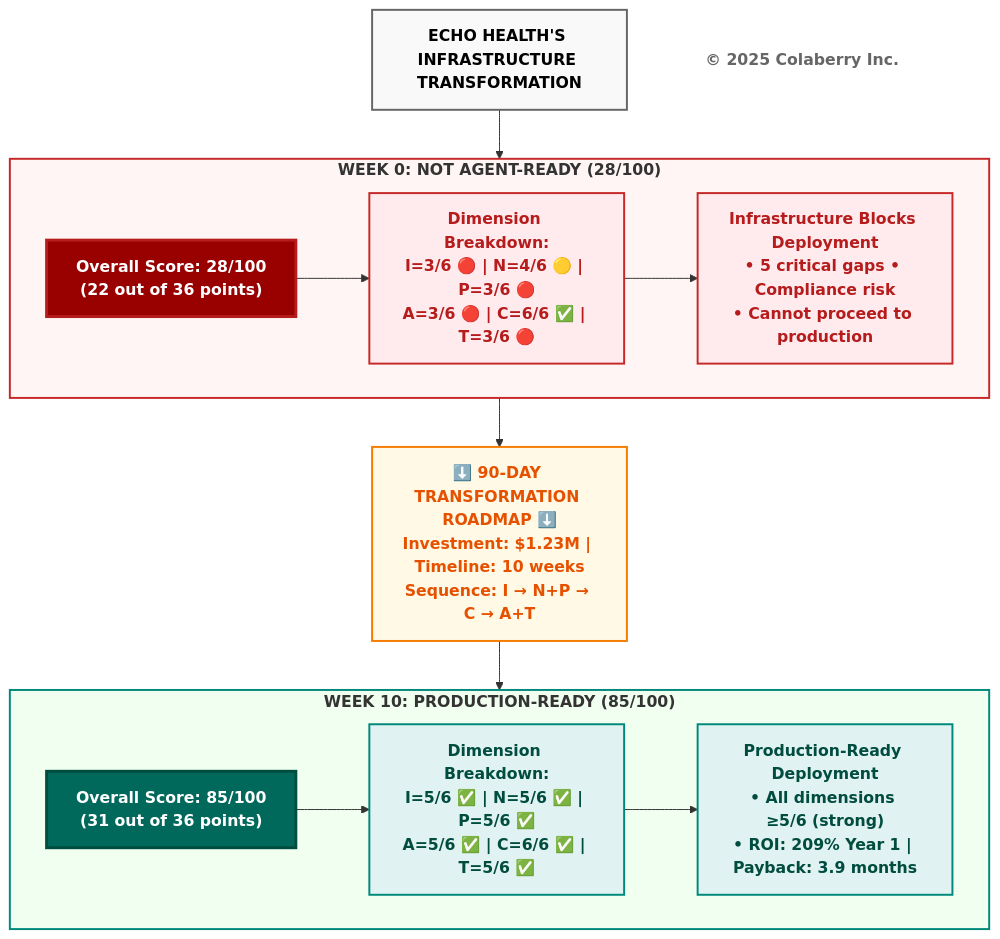
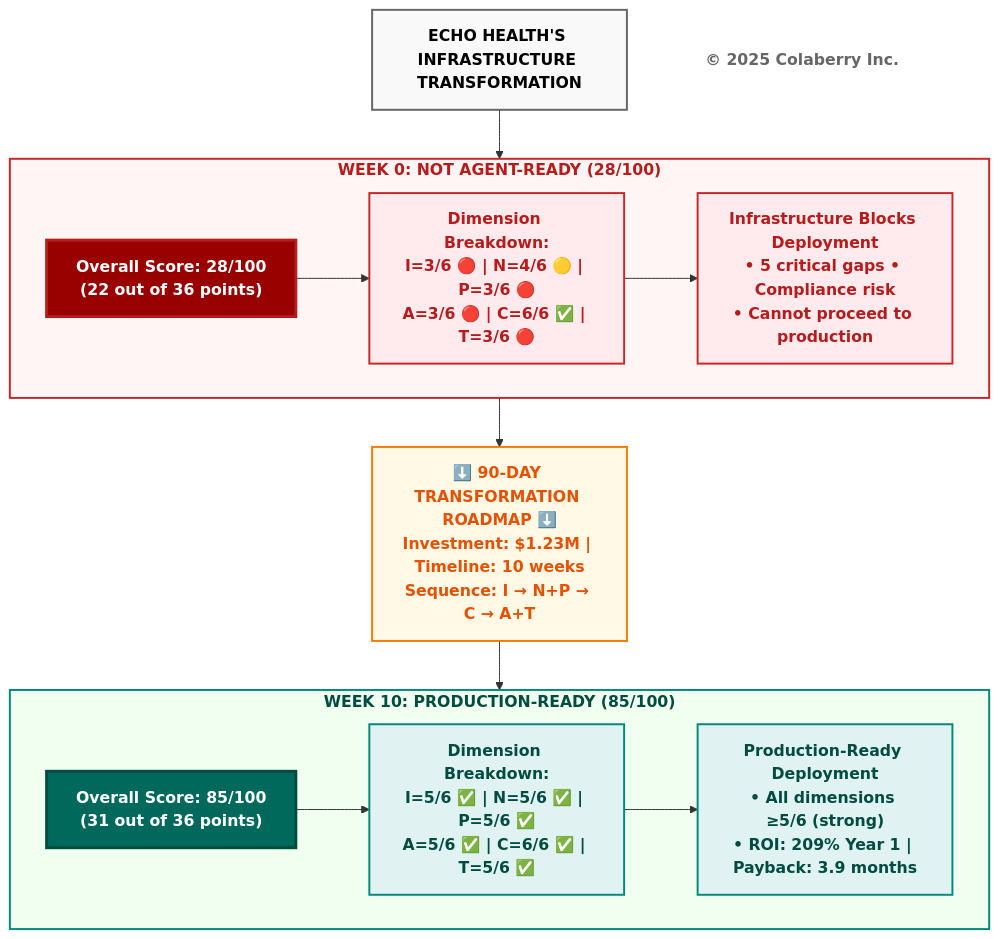
Before and after one commit to saitejesh-cyber/trust-before-intelligence-book: the third of 9 diagrams in manuscript/chapter_2_inpact_framework_v2_1.md, drawn with Mermaid. The commit also changed other lines of this file, not shown here.

First line of the commit message:
diagrams fixed

````diff
--- a/manuscript/chapter_2_inpact_framework_v2_1.md
+++ b/manuscript/chapter_2_inpact_framework_v2_1.md
@@ -207,50 +204,50 @@
 ```mermaid
 graph TB
     TITLE["<b>ECHO HEALTH'S INFRASTRUCTURE TRANSFORMATION</b>"]
     
     TITLE --> BEFORE
     
     subgraph BEFORE["<b>WEEK 0: NOT AGENT-READY (28/100)</b>"]
         B_SCORE["<b>Overall Score: 28/100</b><br/><b>(22 out of 36 points)</b>"]
         
         B_DIMS["<b>Dimension Breakdown:</b><br/><b>I=3/6 🔴 | N=4/6 🟡 | P=3/6 🔴</b><br/><b>A=3/6 🔴 | C=6/6 ✅ | T=3/6 🔴</b>"]
         
         B_STATUS["<b>Infrastructure Blocks Deployment</b><br/><b>• 5 critical gaps • Compliance risk</b><br/><b>• Cannot proceed to production</b>"]
         
         B_SCORE --> B_DIMS
         B_DIMS --> B_STATUS
     end
     
     BEFORE --> TRANSFORM["<b>⬇️ 90-DAY TRANSFORMATION ROADMAP ⬇️</b><br/><b>Investment: $1.23M | Timeline: 10 weeks</b><br/><b>Sequence: I → N+P → C → A+T</b>"]
     
     TRANSFORM --> AFTER
     
     subgraph AFTER["<b>WEEK 10: PRODUCTION-READY (85/100)</b>"]
         A_SCORE["<b>Overall Score: 85/100</b><br/><b>(31 out of 36 points)</b>"]
         
         A_DIMS["<b>Dimension Breakdown:</b><br/><b>I=5/6 ✅ | N=5/6 ✅ | P=5/6 ✅</b><br/><b>A=5/6 ✅ | C=6/6 ✅ | T=5/6 ✅</b>"]
         
         A_STATUS["<b>Production-Ready Deployment</b><br/><b>• All dimensions ≥5/6 (strong)</b><br/><b>• ROI: 209% Year 1 | Payback: 3.9 months</b>"]
         
         A_SCORE --> A_DIMS
         A_DIMS --> A_STATUS
     end
     
     COPYRIGHT["<b>© 2025 Colaberry Inc.</b>"]
     
     style TITLE fill:#f9f9f9,stroke:#666666,stroke-width:2px,color:#000000
     
-    style BEFORE fill:#fff5f5,stroke:#c62828,stroke-width:2px
+    style BEFORE fill:#fff5f5,stroke:#c62828,stroke-width:2px,color:#b71c1c
     style B_SCORE fill:#990000,color:#ffffff,stroke:#b71c1c,stroke-width:3px
     style B_DIMS fill:#ffebee,stroke:#c62828,stroke-width:2px,color:#b71c1c
     style B_STATUS fill:#ffebee,stroke:#c62828,stroke-width:2px,color:#b71c1c
     
     style TRANSFORM fill:#fff9e6,stroke:#f57c00,stroke-width:2px,color:#e65100
     
-    style AFTER fill:#f0fff0,stroke:#00897b,stroke-width:2px
+    style AFTER fill:#f0fff0,stroke:#00897b,stroke-width:2px,color:#004d40
     style A_SCORE fill:#00695c,color:#ffffff,stroke:#004d40,stroke-width:3px
     style A_DIMS fill:#e0f2f1,stroke:#00897b,stroke-width:2px,color:#004d40
     style A_STATUS fill:#e0f2f1,stroke:#00897b,stroke-width:2px,color:#004d40
     
     style COPYRIGHT fill:#ffffff,stroke:none,color:#666666
 ```
````
